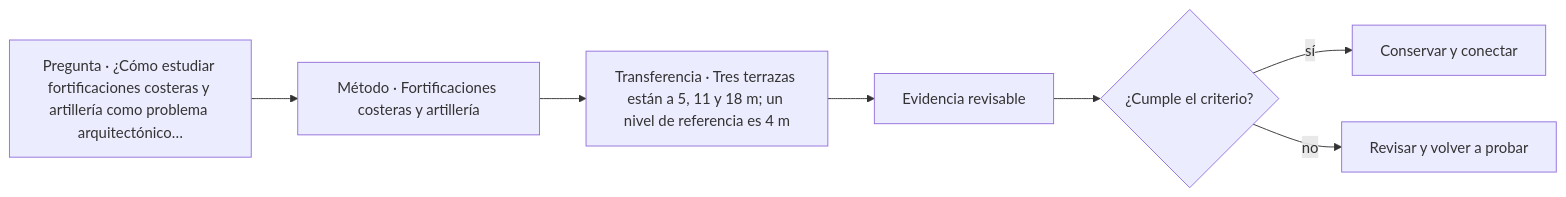
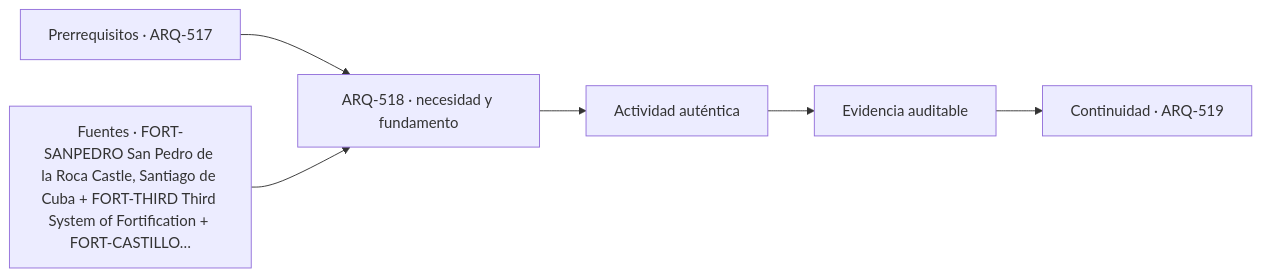
The diagram in classes/parte-52/ARQ-518.md (vladimiracunadev-create/architecture-built-environment-learning-program), drawn with Mermaid before and after one commit. The commit also changed other lines of this file and 761 other files, not shown here.

````diff
--- a/classes/parte-52/ARQ-518.md
+++ b/classes/parte-52/ARQ-518.md
@@ -81,9 +93,8 @@
 ```mermaid
 flowchart LR
-    Q["Pregunta · ¿Cómo estudiar fortificaciones costeras y artillería como problema arquitectónico…"] --> M["Método · Fortificaciones costeras y artillería"]
-    M --> P["Transferencia · Tres terrazas están a 5, 11 y 18 m; un nivel de referencia es 4 m"]
-    P --> E["Evidencia revisable"]
-    E --> C{"¿Cumple el criterio?"}
-    C -->|sí| T["Conservar y conectar"]
-    C -->|no| R["Revisar y volver a probar"]
+    A["Prerrequisitos · ARQ-517"] --> B["ARQ-518 · necesidad y fundamento"]
+    S["Fuentes · FORT-SANPEDRO San Pedro de la Roca Castle, Santiago de Cuba + FORT-THIRD Third System of Fortification + FORT-CASTILLO…"] --> B
+    B --> C["Actividad auténtica"]
+    C --> D["Evidencia auditable"]
+    D --> E["Continuidad · ARQ-519"]
 ```
````
